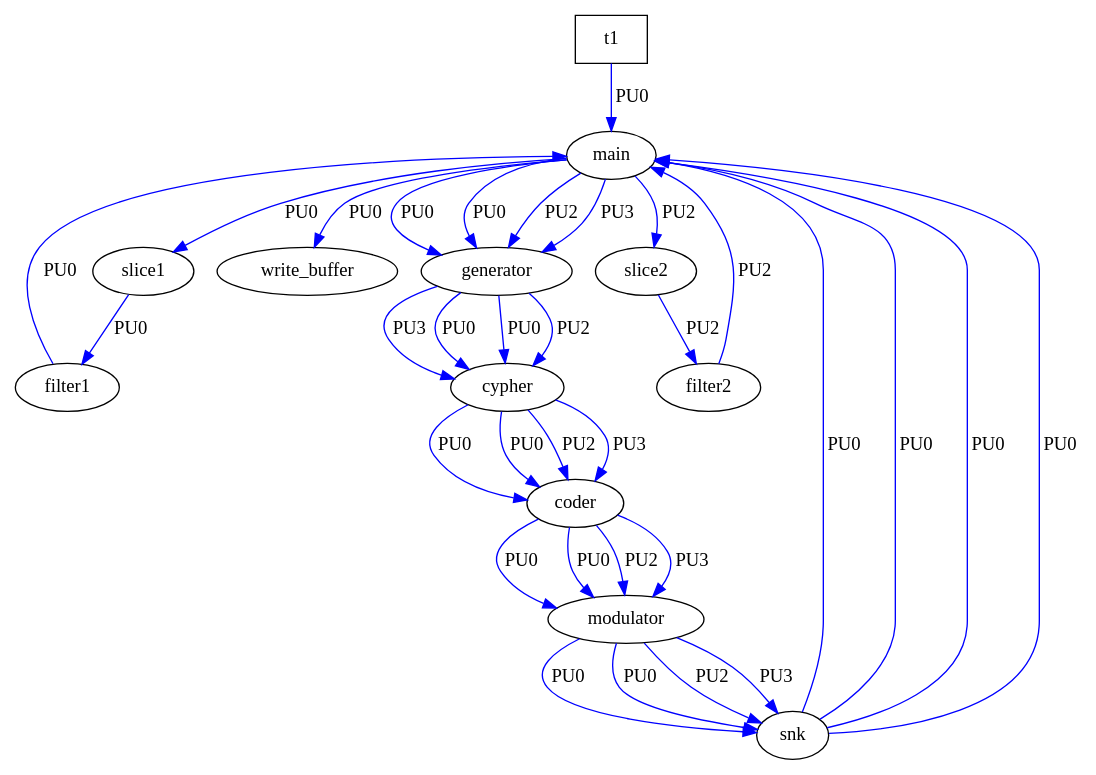
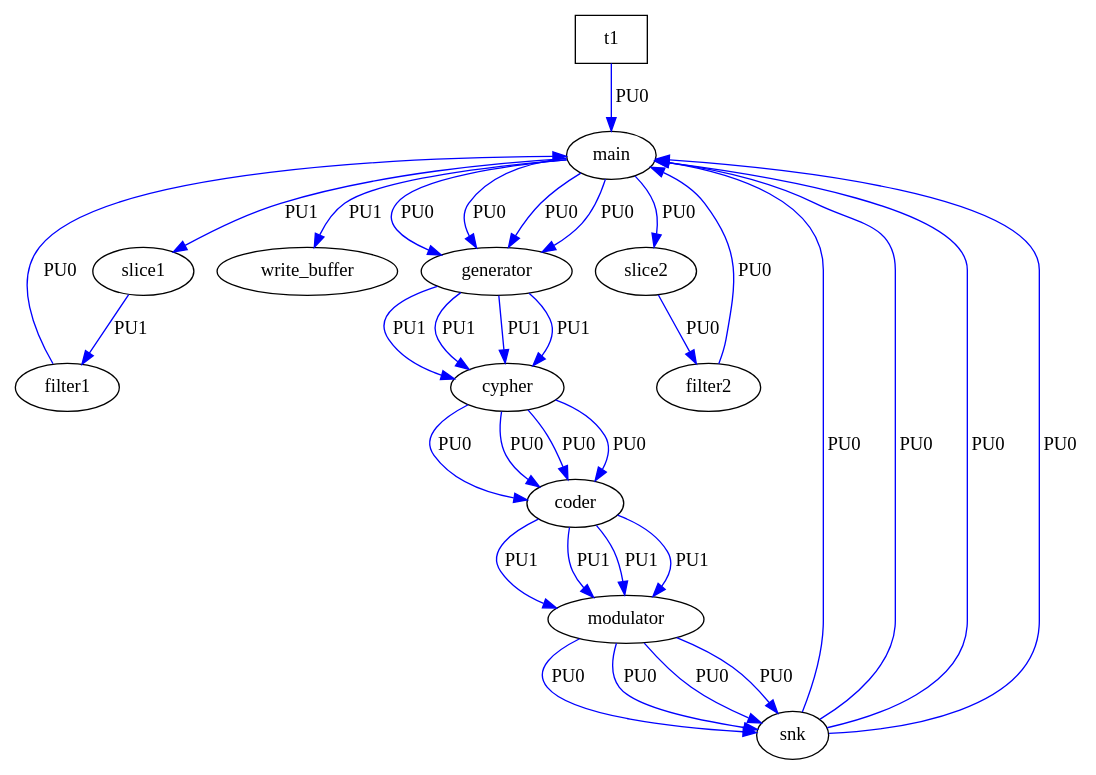
The diagram in graph.dot (samujoaz/ArchiDSE), drawn with Graphviz before and after one commit. The commit also changed 23 other files, not shown here.

```diff
--- a/graph.dot
+++ b/graph.dot
@@ -1,47 +1,47 @@
 digraph my_graph {
   overlap = scale;
    main[label="main"];
    slice1[label="slice1"];
    slice2[label="slice2"];
    filter1[label="filter1"];
    filter2[label="filter2"];
    write_buffer[label="write_buffer"];
    generator[label="generator"];
    cypher[label="cypher"];
    coder[label="coder"];
    modulator[label="modulator"];
    snk[label="snk"];
    t1[label="t1",shape=box ];
    t1 -> main[label="PU0", color=blue];
-   main -> slice1[label="PU0", color=blue];
-   main -> slice2[label="PU2", color=blue];
-   slice1 -> filter1[label="PU0", color=blue];
-   slice2 -> filter2[label="PU2", color=blue];
+   main -> slice1[label="PU1", color=blue];
+   main -> slice2[label="PU0", color=blue];
+   slice1 -> filter1[label="PU1", color=blue];
+   slice2 -> filter2[label="PU0", color=blue];
    filter1 -> main[label="PU0", color=blue];
-   filter2 -> main[label="PU2", color=blue];
-   main -> write_buffer[label="PU0", color=blue];
+   filter2 -> main[label="PU0", color=blue];
+   main -> write_buffer[label="PU1", color=blue];
    main -> generator[label="PU0", color=blue];
    main -> generator[label="PU0", color=blue];
-   main -> generator[label="PU2", color=blue];
-   main -> generator[label="PU3", color=blue];
-   generator -> cypher[label="PU0", color=blue];
-   generator -> cypher[label="PU0", color=blue];
-   generator -> cypher[label="PU2", color=blue];
-   generator -> cypher[label="PU3", color=blue];
+   main -> generator[label="PU0", color=blue];
+   main -> generator[label="PU0", color=blue];
+   generator -> cypher[label="PU1", color=blue];
+   generator -> cypher[label="PU1", color=blue];
+   generator -> cypher[label="PU1", color=blue];
+   generator -> cypher[label="PU1", color=blue];
    cypher -> coder[label="PU0", color=blue];
    cypher -> coder[label="PU0", color=blue];
-   cypher -> coder[label="PU2", color=blue];
-   cypher -> coder[label="PU3", color=blue];
-   coder -> modulator[label="PU0", color=blue];
-   coder -> modulator[label="PU0", color=blue];
-   coder -> modulator[label="PU2", color=blue];
-   coder -> modulator[label="PU3", color=blue];
+   cypher -> coder[label="PU0", color=blue];
+   cypher -> coder[label="PU0", color=blue];
+   coder -> modulator[label="PU1", color=blue];
+   coder -> modulator[label="PU1", color=blue];
+   coder -> modulator[label="PU1", color=blue];
+   coder -> modulator[label="PU1", color=blue];
    modulator -> snk[label="PU0", color=blue];
    modulator -> snk[label="PU0", color=blue];
-   modulator -> snk[label="PU2", color=blue];
-   modulator -> snk[label="PU3", color=blue];
+   modulator -> snk[label="PU0", color=blue];
+   modulator -> snk[label="PU0", color=blue];
    snk -> main[label="PU0", color=blue];
    snk -> main[label="PU0", color=blue];
    snk -> main[label="PU0", color=blue];
    snk -> main[label="PU0", color=blue];
 }
```
